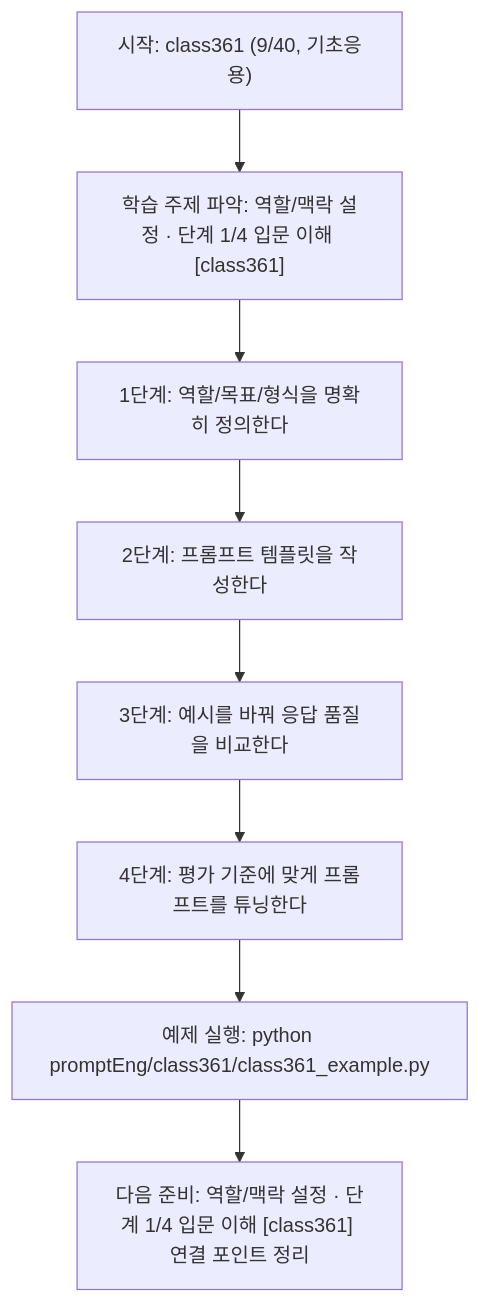
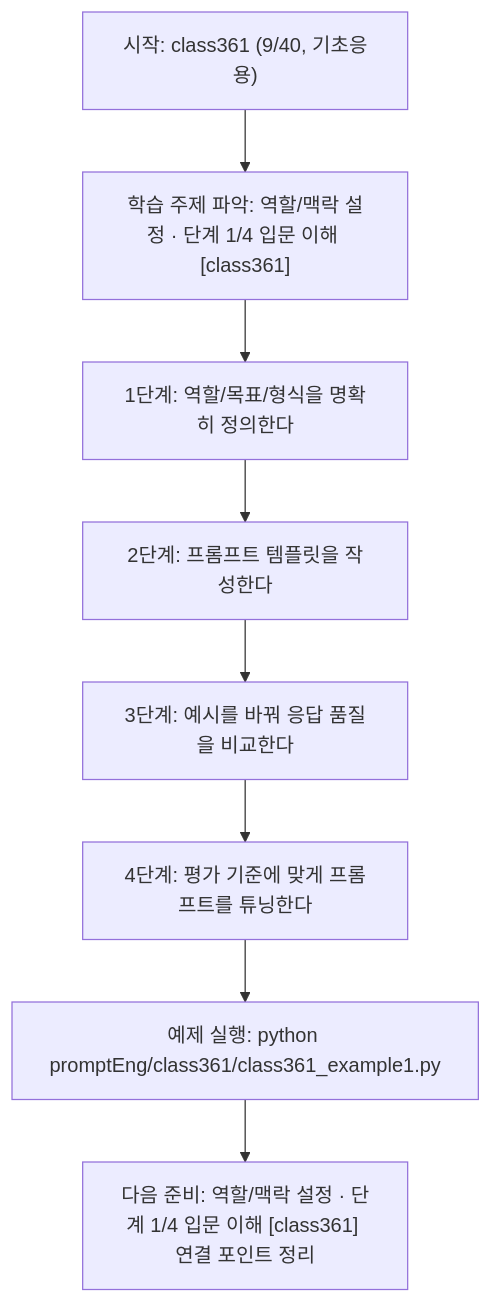
One commit to edumgt/Python-AI_Agent-Class changed the diagram in promptEng/class361/class361.md. Above: the diagram before and after it, drawn with Mermaid. The commit also changed other lines of this file and 2959 other files, not shown here.

````diff
--- a/promptEng/class361/class361.md
+++ b/promptEng/class361/class361.md
@@ -110,18 +110,18 @@
 ```mermaid
 flowchart TD
 N1["시작: class361 (9/40, 기초응용)"]
 N2["학습 주제 파악: 역할/맥락 설정 · 단계 1/4 입문 이해 [class361]"]
 N3["1단계: 역할/목표/형식을 명확히 정의한다"]
 N4["2단계: 프롬프트 템플릿을 작성한다"]
 N5["3단계: 예시를 바꿔 응답 품질을 비교한다"]
 N6["4단계: 평가 기준에 맞게 프롬프트를 튜닝한다"]
-N7["예제 실행: python promptEng/class361/class361_example.py"]
+N7["예제 실행: python promptEng/class361/class361_example1.py"]
 N8["다음 준비: 역할/맥락 설정 · 단계 1/4 입문 이해 [class361] 연결 포인트 정리"]
 N1 --> N2
 N2 --> N3
 N3 --> N4
 N4 --> N5
 N5 --> N6
 N6 --> N7
 N7 --> N8
 ```
````
